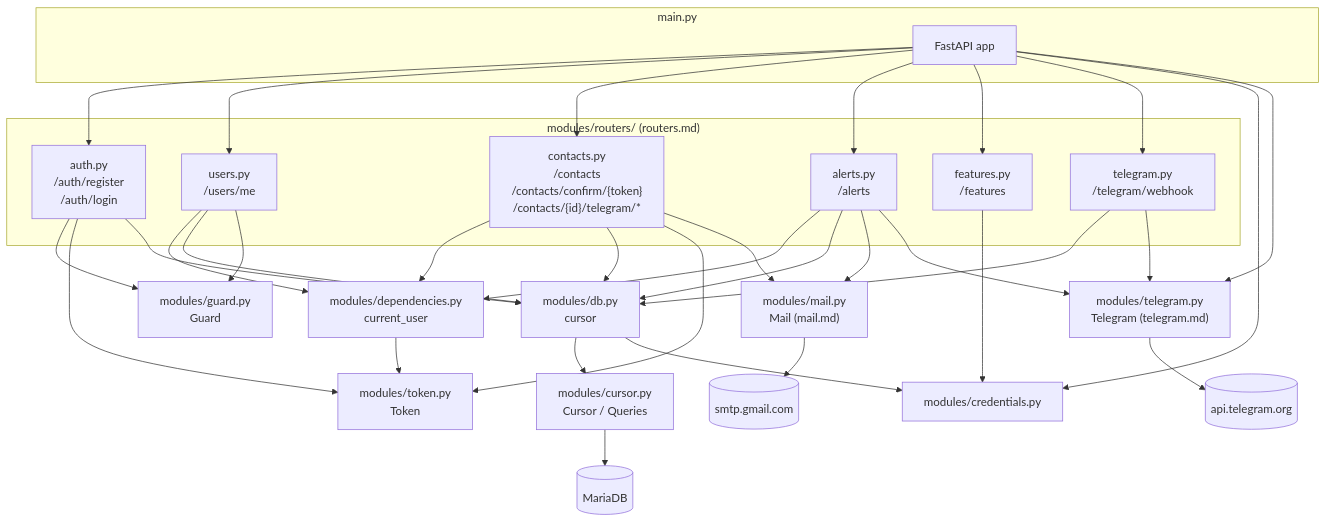
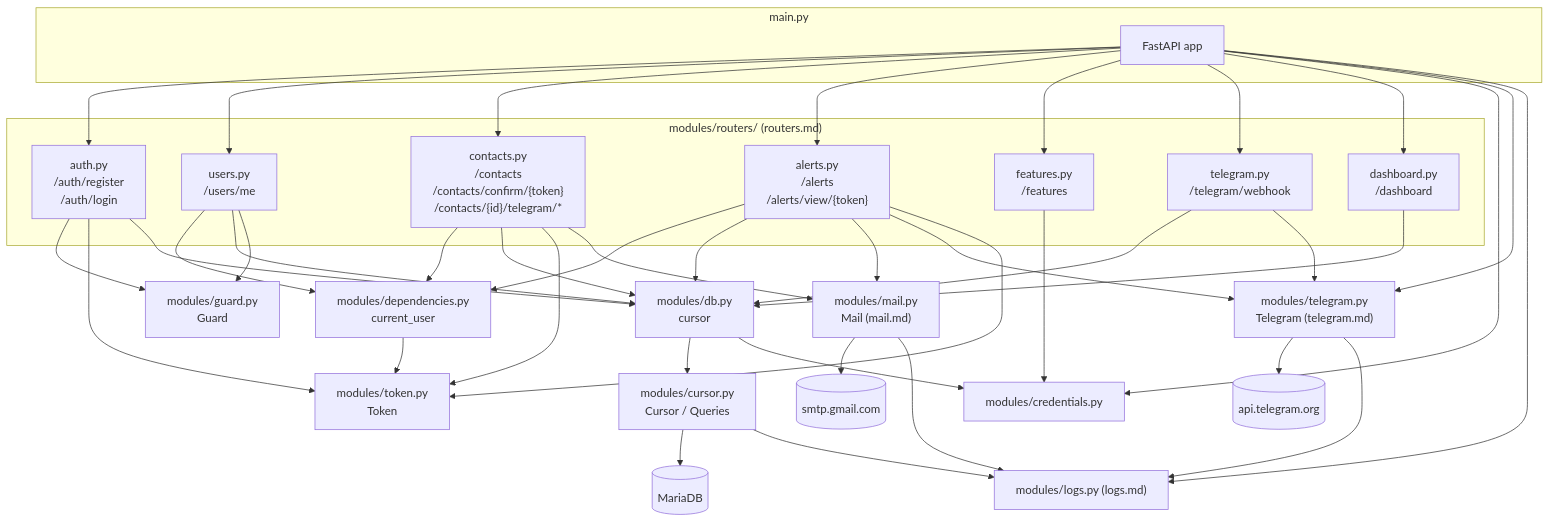
Before and after one commit to skellent/iOS-compiler: the diagram in docs/backend/main.md, drawn with Mermaid. The commit also changed other lines of this file and 29 other files, not shown here.

````diff
--- a/docs/backend/main.md
+++ b/docs/backend/main.md
@@ -111,67 +125,77 @@
 ```mermaid
 flowchart TD
     subgraph main["main.py"]
         APP["FastAPI app"]
     end
 
     subgraph routers["modules/routers/ (routers.md)"]
         AUTH["auth.py<br/>/auth/register<br/>/auth/login"]
         USR["users.py<br/>/users/me"]
         CON["contacts.py<br/>/contacts<br/>/contacts/confirm/{token}<br/>/contacts/{id}/telegram/*"]
-        ALT["alerts.py<br/>/alerts"]
+        ALT["alerts.py<br/>/alerts<br/>/alerts/view/{token}"]
         FEAT["features.py<br/>/features"]
         TGR["telegram.py<br/>/telegram/webhook"]
+        DASH["dashboard.py<br/>/dashboard"]
     end
 
     DEPS["modules/dependencies.py<br/>current_user"]
     TOKEN["modules/token.py<br/>Token"]
     GUARD["modules/guard.py<br/>Guard"]
     MAIL["modules/mail.py<br/>Mail (mail.md)"]
     TG["modules/telegram.py<br/>Telegram (telegram.md)"]
     DB["modules/db.py<br/>cursor"]
     CURSOR["modules/cursor.py<br/>Cursor / Queries"]
     CRED["modules/credentials.py"]
+    LOGS["modules/logs.py (logs.md)"]
     MARIADB[(MariaDB)]
     SMTP[(smtp.gmail.com)]
     TGAPI[(api.telegram.org)]
 
     APP --> AUTH
     APP --> USR
     APP --> CON
     APP --> ALT
     APP --> FEAT
     APP --> TGR
+    APP --> DASH
     APP --> CRED
     APP --> TG
+    APP --> LOGS
 
     AUTH --> GUARD
     AUTH --> TOKEN
     AUTH --> DB
 
     USR --> DEPS
     USR --> DB
     USR --> GUARD
 
     CON --> DEPS
     CON --> DB
     CON --> TOKEN
     CON --> MAIL
 
     ALT --> DEPS
     ALT --> DB
     ALT --> MAIL
     ALT --> TG
+    ALT --> TOKEN
 
     FEAT --> CRED
 
     TGR --> DB
     TGR --> TG
 
+    DASH --> DB
+
     DEPS --> TOKEN
 
     DB --> CURSOR
     DB --> CRED
     CURSOR --> MARIADB
+    CURSOR --> LOGS
     MAIL --> SMTP
+    MAIL --> LOGS
     TG --> TGAPI
+    TG --> LOGS
 ```
````
